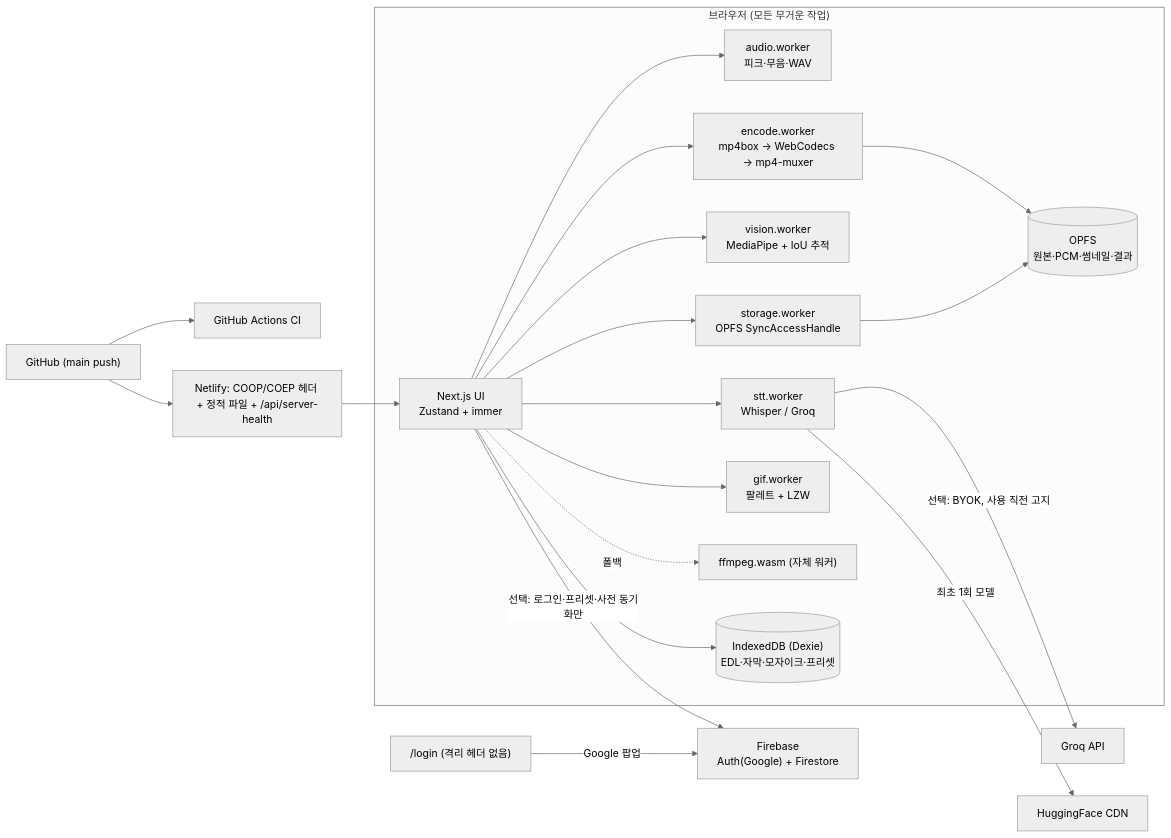
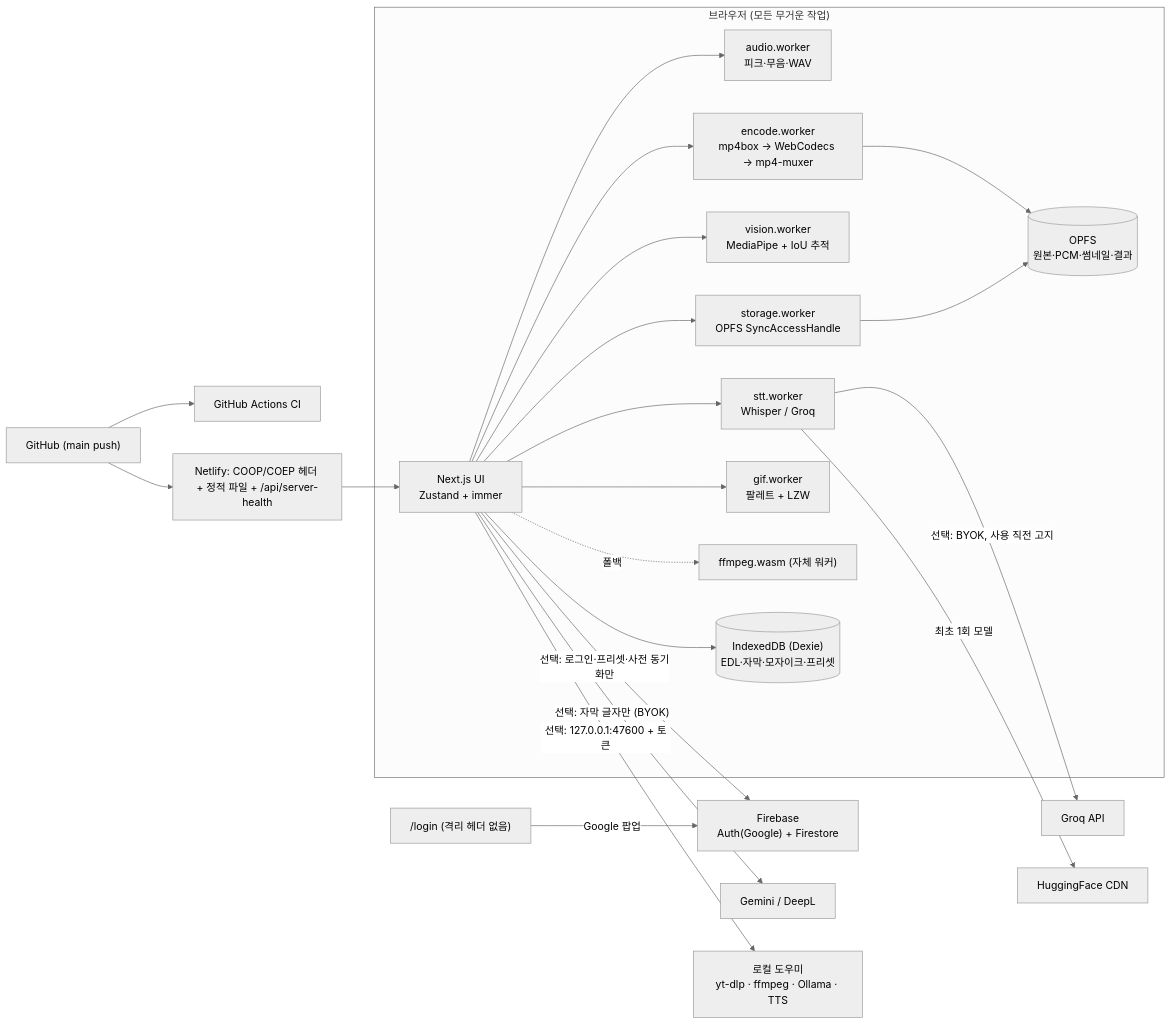
Before and after one commit to herwoojin/make_movie: the diagram in TECH_STACK.md, drawn with Mermaid (neutral theme). The commit also changed other lines of this file and 24 other files, not shown here.

First line of the commit message:
feat(v2): 로컬 도우미 패키지 · 유튜브 받기 · 내 목소리 TTS (I)

````diff
--- a/TECH_STACK.md
+++ b/TECH_STACK.md
@@ -9,22 +9,24 @@
 ```mermaid
 flowchart LR
   subgraph Browser["브라우저 (모든 무거운 작업)"]
     UI["Next.js UI<br/>Zustand + immer"] --> W1["audio.worker<br/>피크·무음·WAV"]
     UI --> W2["stt.worker<br/>Whisper / Groq"]
     UI --> W3["vision.worker<br/>MediaPipe + IoU 추적"]
     UI --> W4["encode.worker<br/>mp4box → WebCodecs → mp4-muxer"]
     UI --> W5["storage.worker<br/>OPFS SyncAccessHandle"]
     UI --> W6["gif.worker<br/>팔레트 + LZW"]
     UI -. 폴백 .-> FF["ffmpeg.wasm (자체 워커)"]
     W4 --> OPFS[("OPFS<br/>원본·PCM·썸네일·결과")]
     W5 --> OPFS
     UI --> IDB[("IndexedDB (Dexie)<br/>EDL·자막·모자이크·프리셋")]
   end
   UI -- "선택: 로그인·프리셋·사전 동기화만" --> FB["Firebase<br/>Auth(Google) + Firestore"]
+  UI -- "선택: 자막 글자만 (BYOK)" --> TR["Gemini / DeepL"]
+  UI -- "선택: 127.0.0.1:47600 + 토큰" --> HLP["로컬 도우미<br/>yt-dlp · ffmpeg · Ollama · TTS"]
   LOGIN["/login (격리 헤더 없음)"] -- "Google 팝업" --> FB
   W2 -- "선택: BYOK, 사용 직전 고지" --> GQ["Groq API"]
   W2 -- "최초 1회 모델" --> HF["HuggingFace CDN"]
   GH["GitHub (main push)"] --> CI["GitHub Actions CI"]
   GH --> Host["Netlify: COOP/COEP 헤더 + 정적 파일 + /api/server-health"]
   Host --> UI
 ```
````
